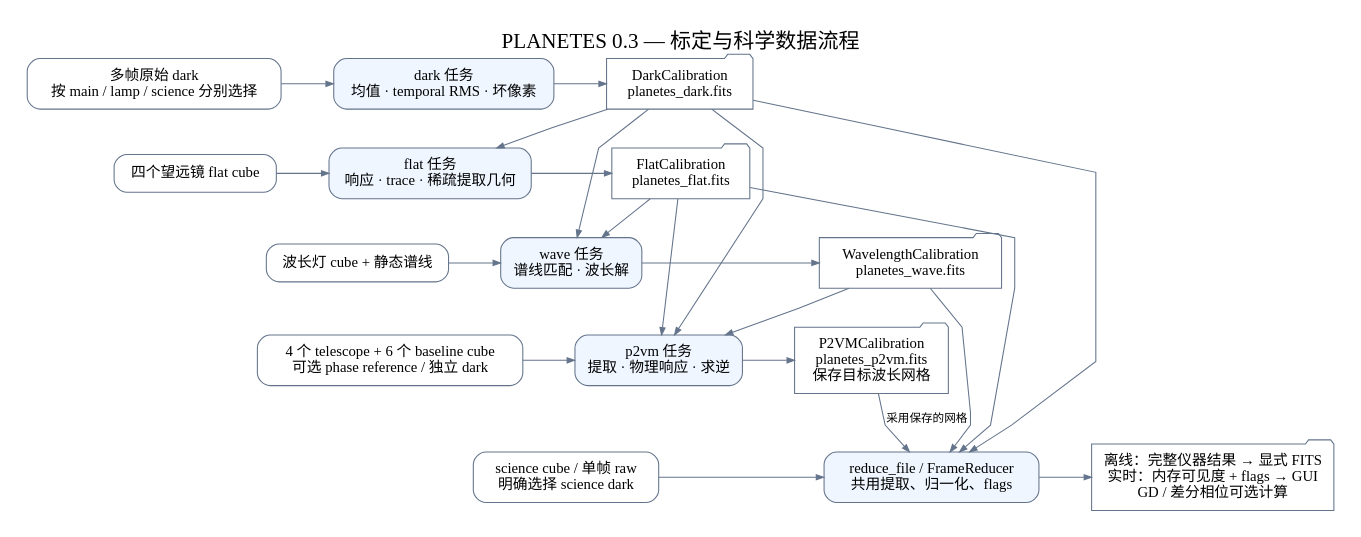
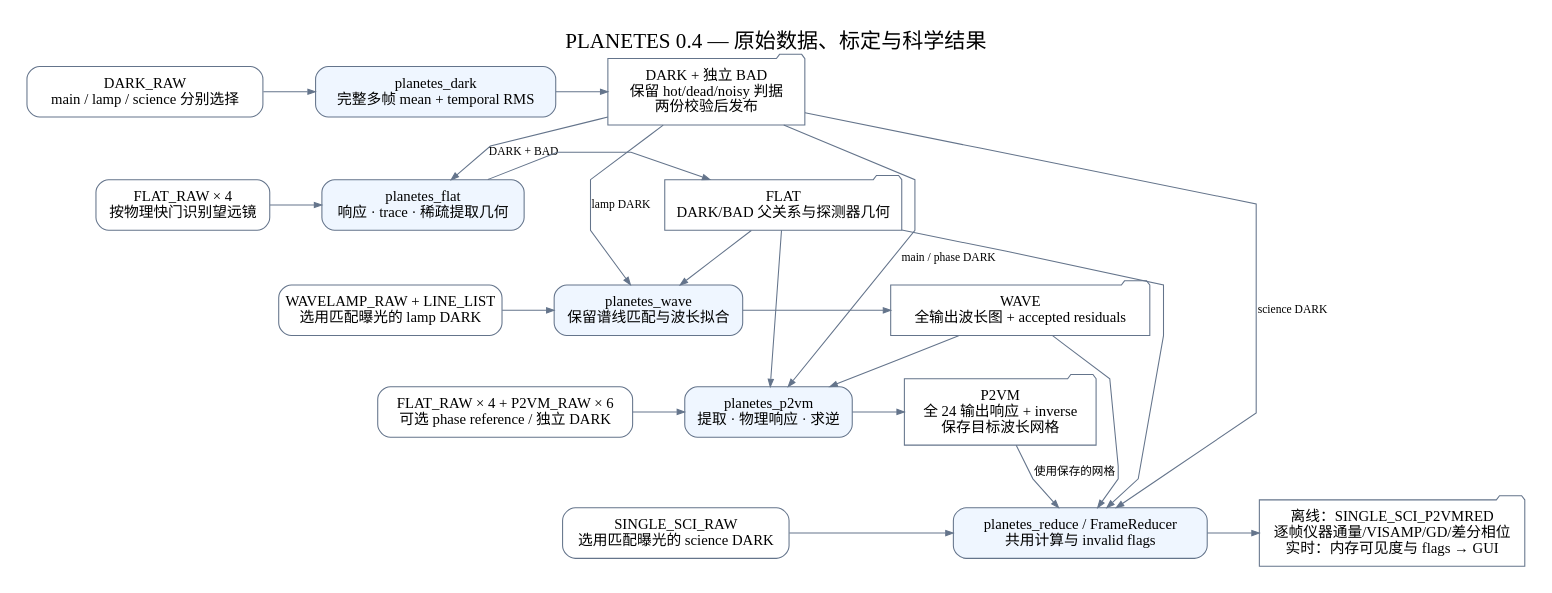
One commit to zexwu/planetes_pipe changed the diagram in docs/dataflow.dot. Above: the diagram before and after it, drawn with Graphviz. The commit also changed 20 other files, not shown here.

```diff
--- a/docs/dataflow.dot
+++ b/docs/dataflow.dot
@@ -1,42 +1,42 @@
 digraph Dataflow {
-  graph [rankdir=TB, bgcolor="white", pad=0.25, nodesep=0.35, ranksep=0.5, splines=polyline, fontname="PingFang SC", fontsize=20, label="PLANETES 0.3 — 标定与科学数据流程", labelloc=t];
+  graph [rankdir=TB, bgcolor="white", pad=0.25, nodesep=0.35, ranksep=0.55, splines=polyline, fontname="PingFang SC", fontsize=20, label="PLANETES 0.4 — 原始数据、标定与科学结果", labelloc=t];
   node [shape=box, style="rounded", fontname="PingFang SC", fontsize=14, color="#64748b", margin="0.15,0.12"];
   edge [fontname="PingFang SC", fontsize=11, color="#64748b", arrowsize=0.7];
-  rawdark [label="多帧原始 dark\n按 main / lamp / science 分别选择"];
-  dark [label="dark 任务\n均值 · temporal RMS · 坏像素", style="rounded,filled", fillcolor="#eff6ff"];
-  darkfits [label="DarkCalibration\nplanetes_dark.fits", shape=folder];
-  rawflat [label="四个望远镜 flat cube"];
-  flat [label="flat 任务\n响应 · trace · 稀疏提取几何", style="rounded,filled", fillcolor="#eff6ff"];
-  flatfits [label="FlatCalibration\nplanetes_flat.fits", shape=folder];
-  rawwave [label="波长灯 cube + 静态谱线"];
-  wave [label="wave 任务\n谱线匹配 · 波长解", style="rounded,filled", fillcolor="#eff6ff"];
-  wavefits [label="WavelengthCalibration\nplanetes_wave.fits", shape=folder];
-  rawp2vm [label="4 个 telescope + 6 个 baseline cube\n可选 phase reference / 独立 dark"];
-  p2vm [label="p2vm 任务\n提取 · 物理响应 · 求逆", style="rounded,filled", fillcolor="#eff6ff"];
-  p2vmfits [label="P2VMCalibration\nplanetes_p2vm.fits\n保存目标波长网格", shape=folder];
-  rawscience [label="science cube / 单帧 raw\n明确选择 science dark"];
-  science [label="reduce_file / FrameReducer\n共用提取、归一化、flags", style="rounded,filled", fillcolor="#eff6ff"];
-  results [label="离线：完整仪器结果 → 显式 FITS\n实时：内存可见度 + flags → GUI\nGD / 差分相位可选计算", shape=folder];
+  rawdark [label="DARK_RAW\nmain / lamp / science 分别选择"];
+  dark [label="planetes_dark\n完整多帧 mean + temporal RMS", style="rounded,filled", fillcolor="#eff6ff"];
+  darkfits [label="DARK + 独立 BAD\n保留 hot/dead/noisy 判据\n两份校验后发布", shape=folder];
+  rawflat [label="FLAT_RAW × 4\n按物理快门识别望远镜"];
+  flat [label="planetes_flat\n响应 · trace · 稀疏提取几何", style="rounded,filled", fillcolor="#eff6ff"];
+  flatfits [label="FLAT\nDARK/BAD 父关系与探测器几何", shape=folder];
+  rawwave [label="WAVELAMP_RAW + LINE_LIST\n选用匹配曝光的 lamp DARK"];
+  wave [label="planetes_wave\n保留谱线匹配与波长拟合", style="rounded,filled", fillcolor="#eff6ff"];
+  wavefits [label="WAVE\n全输出波长图 + accepted residuals", shape=folder];
+  rawp2vm [label="FLAT_RAW × 4 + P2VM_RAW × 6\n可选 phase reference / 独立 DARK"];
+  p2vm [label="planetes_p2vm\n提取 · 物理响应 · 求逆", style="rounded,filled", fillcolor="#eff6ff"];
+  p2vmfits [label="P2VM\n全 24 输出响应 + inverse\n保存目标波长网格", shape=folder];
+  rawscience [label="SINGLE_SCI_RAW\n选用匹配曝光的 science DARK"];
+  science [label="planetes_reduce / FrameReducer\n共用计算与 invalid flags", style="rounded,filled", fillcolor="#eff6ff"];
+  results [label="离线：SINGLE_SCI_P2VMRED\n逐帧仪器通量/VISAMP/GD/差分相位\n实时：内存可见度与 flags → GUI", shape=folder];
   {rank=same; rawdark; dark; darkfits;}
   {rank=same; rawflat; flat; flatfits;}
   {rank=same; rawwave; wave; wavefits;}
   {rank=same; rawp2vm; p2vm; p2vmfits;}
   {rank=same; rawscience; science; results;}
   rawdark -> dark -> darkfits;
   rawflat -> flat -> flatfits;
   rawwave -> wave -> wavefits;
   rawp2vm -> p2vm -> p2vmfits;
   rawscience -> science -> results;
-  darkfits -> flat;
-  darkfits -> wave;
-  darkfits -> p2vm;
-  darkfits -> science;
+  darkfits -> flat [label="DARK + BAD"];
+  darkfits -> wave [label="lamp DARK"];
+  darkfits -> p2vm [label="main / phase DARK"];
+  darkfits -> science [label="science DARK"];
   flatfits -> wave;
   flatfits -> p2vm;
   flatfits -> science;
   wavefits -> p2vm;
   wavefits -> science;
-  p2vmfits -> science [label="采用保存的网格"];
+  p2vmfits -> science [label="使用保存的网格"];
   rawdark -> rawflat -> rawwave -> rawp2vm -> rawscience [style=invis];
   dark -> flat -> wave -> p2vm -> science [style=invis];
 }
```
